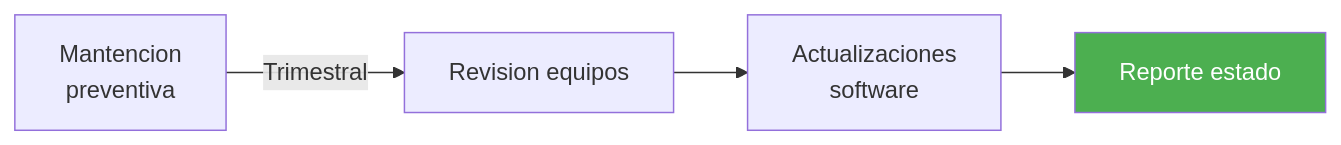
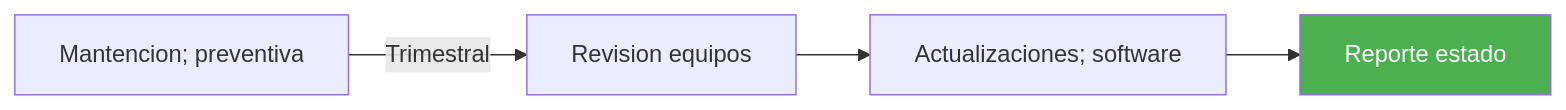
The eighth of 8 diagrams in KNOWLEDGE/gn/kb/bpmn-cies-sitia.md (felix-antonio-sl/kora), drawn with Mermaid before and after one commit. The commit also changed other lines of this file and 1034 other files, not shown here.

````diff
--- a/KNOWLEDGE/gn/kb/bpmn-cies-sitia.md
+++ b/KNOWLEDGE/gn/kb/bpmn-cies-sitia.md
@@ -247,8 +256,8 @@
 ```mermaid
 flowchart LR
-    A["Mantencion<br/>preventiva"] -->|"Trimestral"| B["Revision equipos"]
-    B --> C["Actualizaciones<br/>software"]
-    C --> D["Reporte estado"]
+ A["Mantencion; preventiva"] -->|"Trimestral"| B["Revision equipos"]
+ B --> C["Actualizaciones; software"]
+ C --> D["Reporte estado"]
 
-    style D fill:#4CAF50,color:#fff
+ style D fill:#4CAF50,color:#fff
 ```
````
